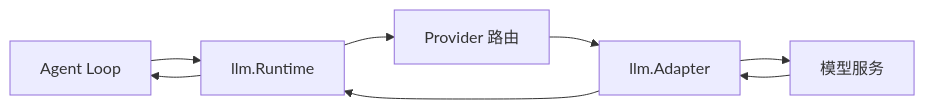
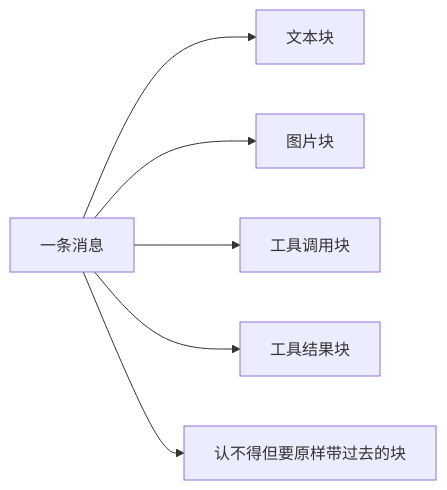
Before and after one commit to snight1983/ds-harness-go: the seventh of 38 diagrams in docs/modules/llm.md, drawn with Mermaid. The commit also changed other lines of this file and 43 other files, not shown here.

Commit message:
docs: 图解架构与模块设计

````diff
--- a/docs/modules/llm.md
+++ b/docs/modules/llm.md
@@ -30,10 +102,8 @@
 ```mermaid
 flowchart LR
-    Loop["Agent Loop"] --> Runtime["llm.Runtime"]
-    Runtime --> Route["Provider 路由"]
-    Route --> Adapter["llm.Adapter"]
-    Adapter --> Provider["模型服务"]
-    Provider --> Adapter
-    Adapter --> Runtime
-    Runtime --> Loop
+    M["一条消息"] --> B1["文本块"]
+    M --> B2["图片块"]
+    M --> B3["工具调用块"]
+    M --> B4["工具结果块"]
+    M --> B5["认不得但要原样带过去的块"]
 ```
````
